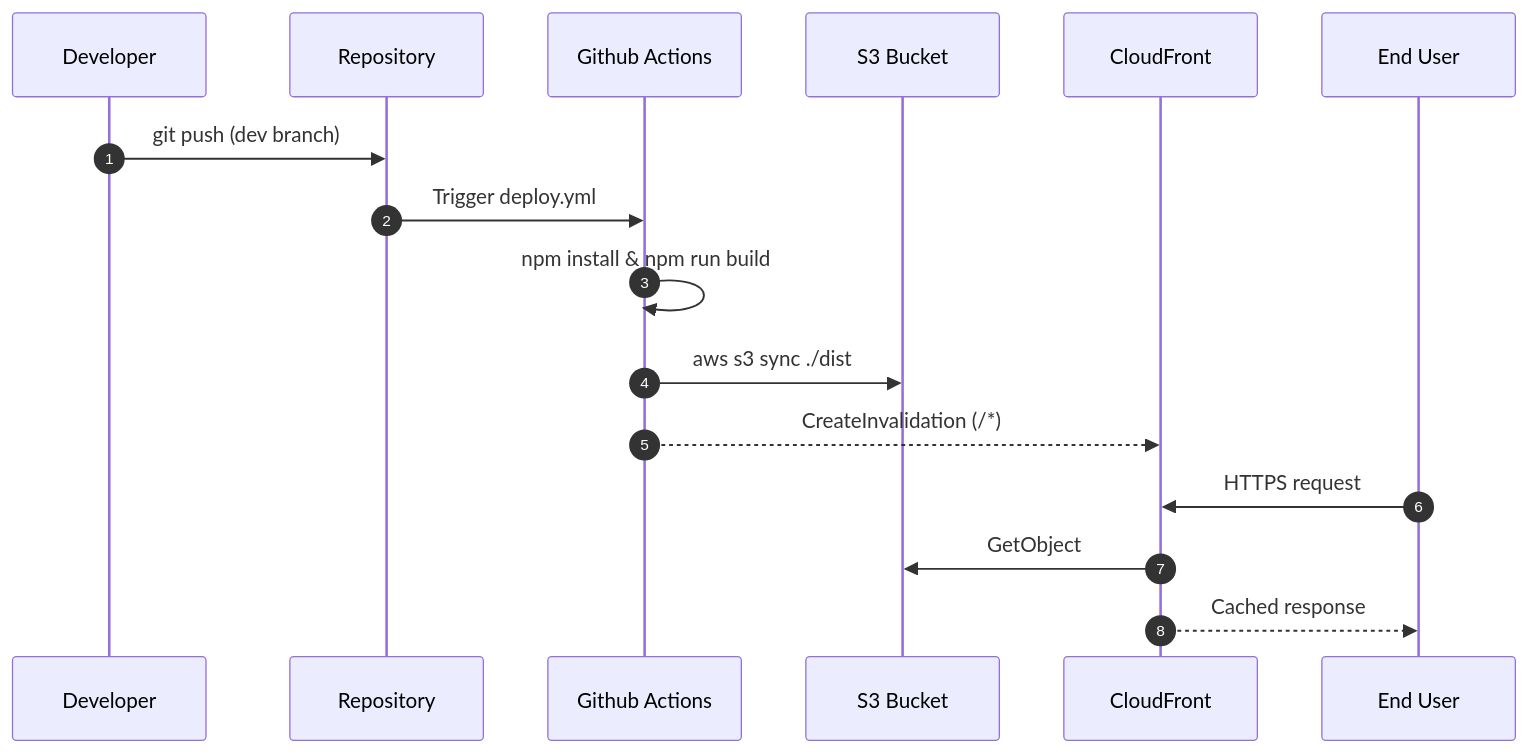
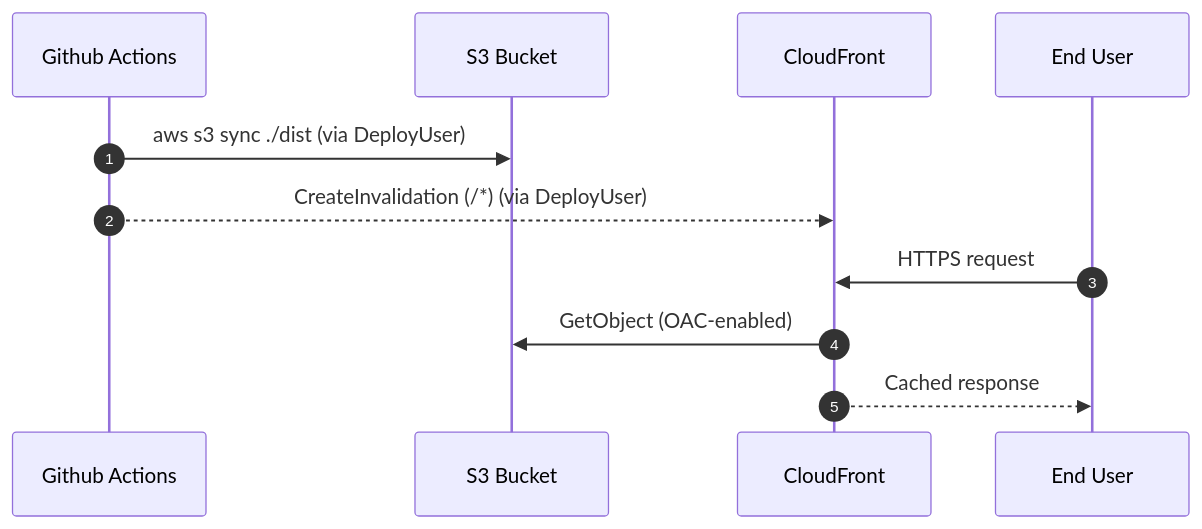
Before and after one commit to Codingschule/aws-astro-headless-cms-deployment: the second of 2 diagrams in doc/110_deployuser_accesskeys.cf.md, drawn with Mermaid. The commit also changed other lines of this file, not shown here.

Commit message:
readme DeployUser

````diff
--- a/doc/110_deployuser_accesskeys.cf.md
+++ b/doc/110_deployuser_accesskeys.cf.md
@@ -145,20 +146,15 @@
 ```mermaid
 sequenceDiagram
   autonumber
 
-  participant Dev as Developer
-  participant GIT as Repository
   participant GHA as Github Actions
   participant S3 as S3 Bucket
   participant CF as CloudFront
   participant User as End User
 
-  Dev->>GIT: git push (dev branch)
-  GIT->>GHA: Trigger deploy.yml
-  GHA->>GHA: npm install & npm run build
-  GHA->>S3: aws s3 sync ./dist
-  GHA-->>CF: CreateInvalidation (/*)
+  GHA->>S3: aws s3 sync ./dist (via DeployUser)
+  GHA-->>CF: CreateInvalidation (/*) (via DeployUser)
   User->>CF: HTTPS request
-  CF->>S3: GetObject
+  CF->>S3: GetObject (OAC-enabled)
   CF-->>User: Cached response
 ```
````
